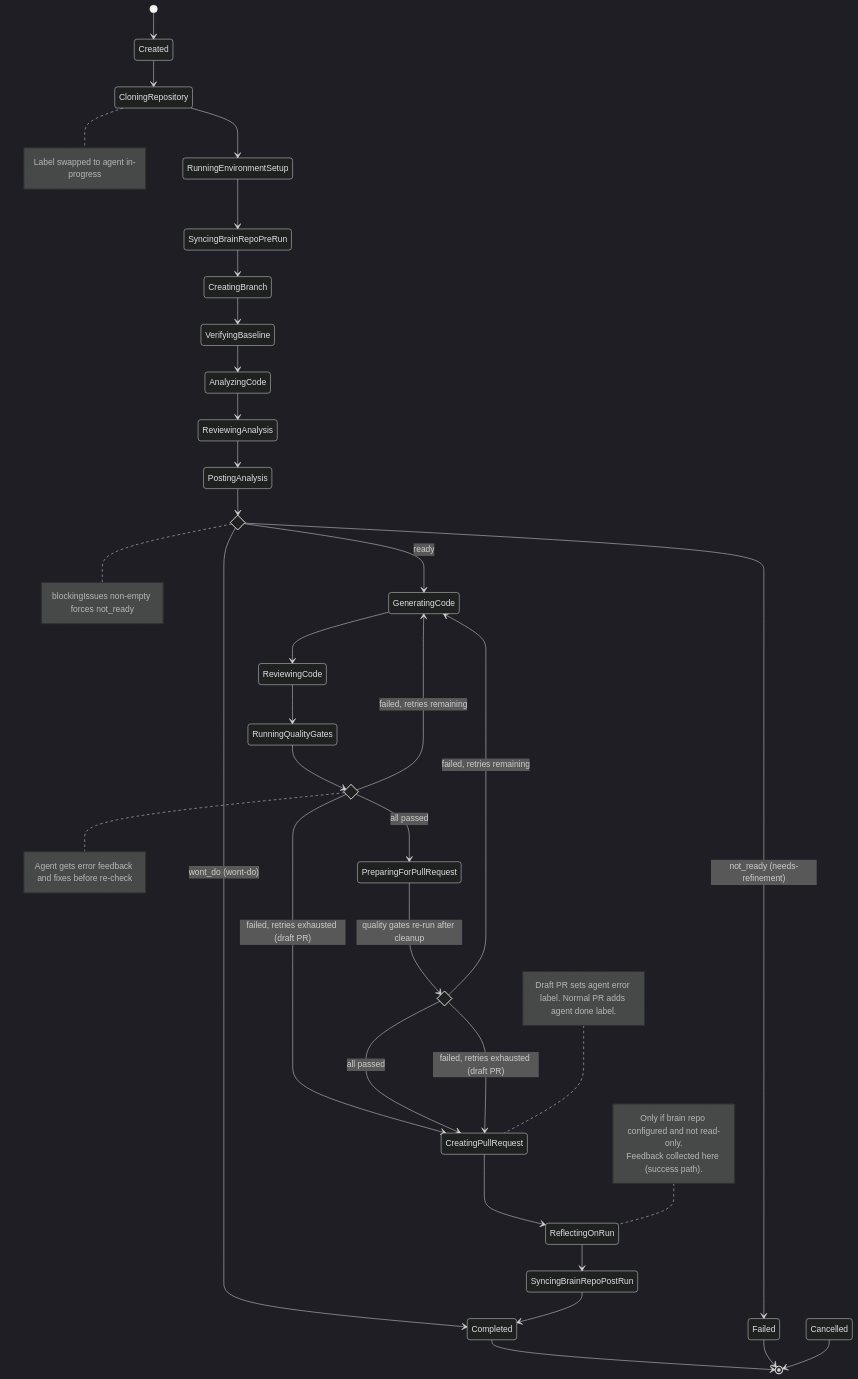
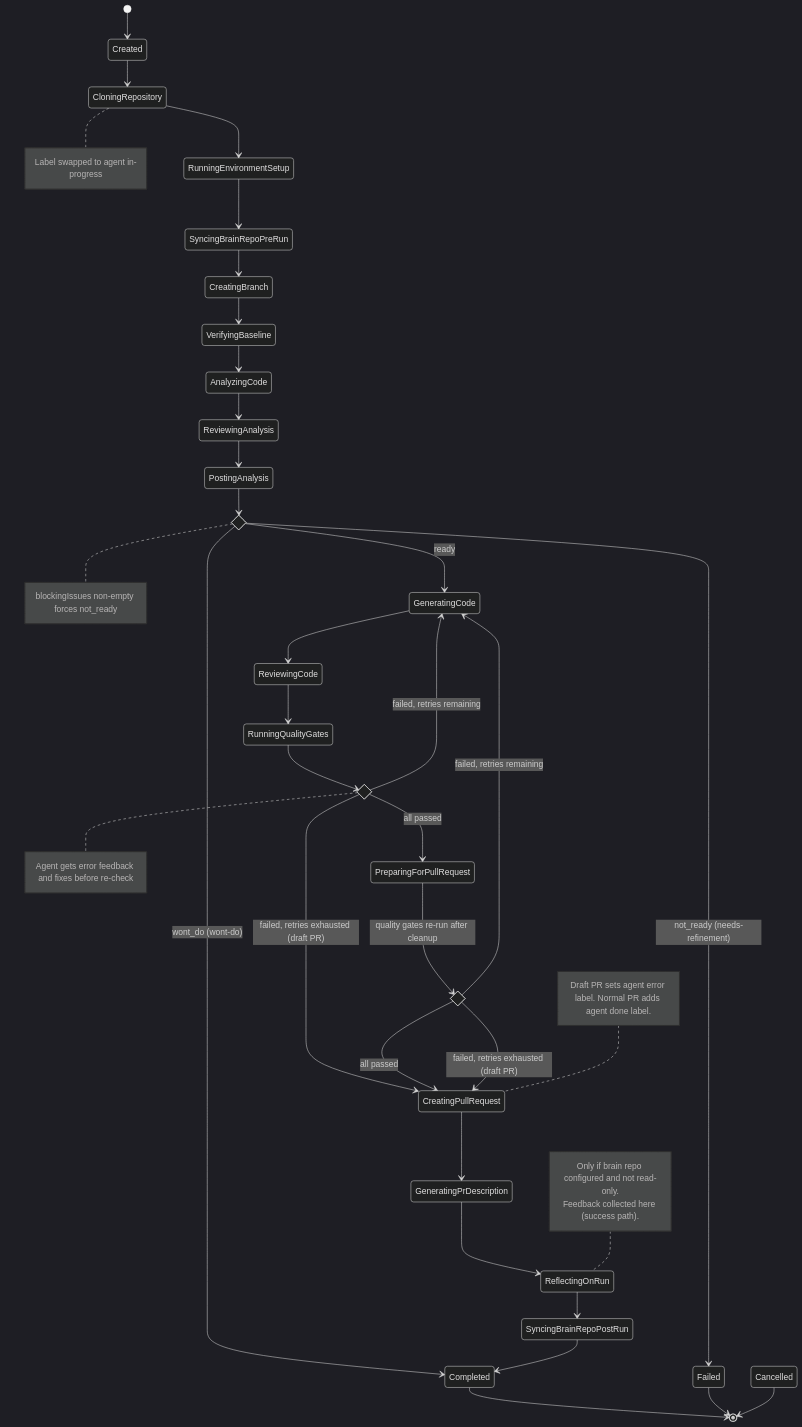
Before and after one commit to Chemsorly/coding-agent-automation: the first of 10 diagrams in docs/pipeline-orchestration.md, drawn with Mermaid (dark theme). The commit also changed other lines of this file and 3 other files, not shown here.

````diff
--- a/docs/pipeline-orchestration.md
+++ b/docs/pipeline-orchestration.md
@@ -13,59 +13,60 @@
 ```mermaid
 stateDiagram-v2
     direction TB
 
     [*] --> Created
     Created --> CloningRepository
     CloningRepository --> RunningEnvironmentSetup
     RunningEnvironmentSetup --> SyncingBrainRepoPreRun
     SyncingBrainRepoPreRun --> CreatingBranch
     CreatingBranch --> VerifyingBaseline
     VerifyingBaseline --> AnalyzingCode
     AnalyzingCode --> ReviewingAnalysis
     ReviewingAnalysis --> PostingAnalysis
 
     state ConfidenceGate <<choice>>
     PostingAnalysis --> ConfidenceGate
     ConfidenceGate --> GeneratingCode : ready
     ConfidenceGate --> Failed : not_ready (needs-refinement)
     ConfidenceGate --> Completed : wont_do (wont-do)
     GeneratingCode --> ReviewingCode
     ReviewingCode --> RunningQualityGates
 
     state QualityGateDecision <<choice>>
     RunningQualityGates --> QualityGateDecision
     QualityGateDecision --> PreparingForPullRequest : all passed
     QualityGateDecision --> GeneratingCode : failed, retries remaining
     QualityGateDecision --> CreatingPullRequest : failed, retries exhausted (draft PR)
 
     state FinalQualityCheck <<choice>>
     PreparingForPullRequest --> FinalQualityCheck : quality gates re-run after cleanup
     FinalQualityCheck --> CreatingPullRequest : all passed
     FinalQualityCheck --> GeneratingCode : failed, retries remaining
     FinalQualityCheck --> CreatingPullRequest : failed, retries exhausted (draft PR)
 
-    CreatingPullRequest --> ReflectingOnRun
+    CreatingPullRequest --> GeneratingPrDescription
+    GeneratingPrDescription --> ReflectingOnRun
     ReflectingOnRun --> SyncingBrainRepoPostRun
     SyncingBrainRepoPostRun --> Completed
 
     Completed --> [*]
     Failed --> [*]
     Cancelled --> [*]
 
     note right of CloningRepository
         Label swapped to agent in-progress
     end note
     note right of ConfidenceGate
         blockingIssues non-empty forces not_ready
     end note
     note right of QualityGateDecision
         Agent gets error feedback and fixes before re-check
     end note
     note left of CreatingPullRequest
         Draft PR sets agent error label. Normal PR adds agent done label.
     end note
     note left of ReflectingOnRun
         Only if brain repo configured and not read-only.
         Feedback collected here (success path).
     end note
 ```
````
